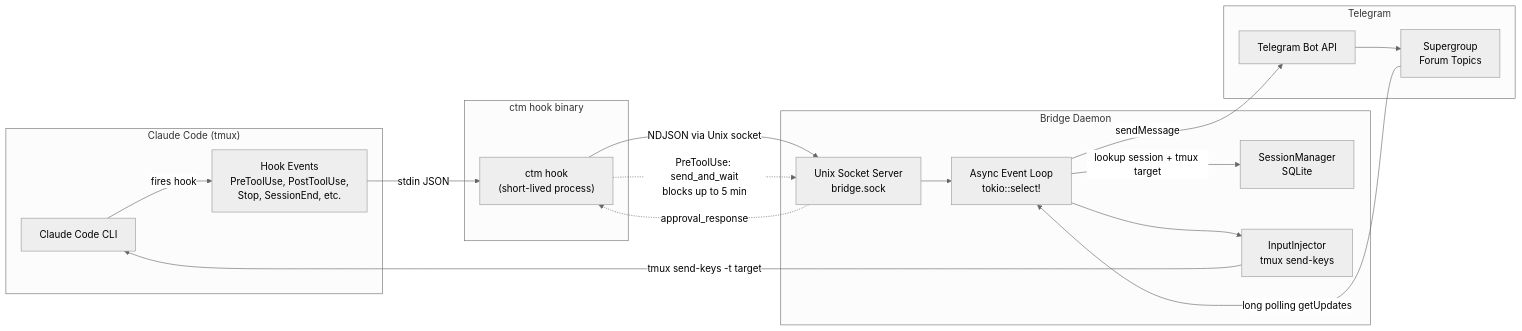
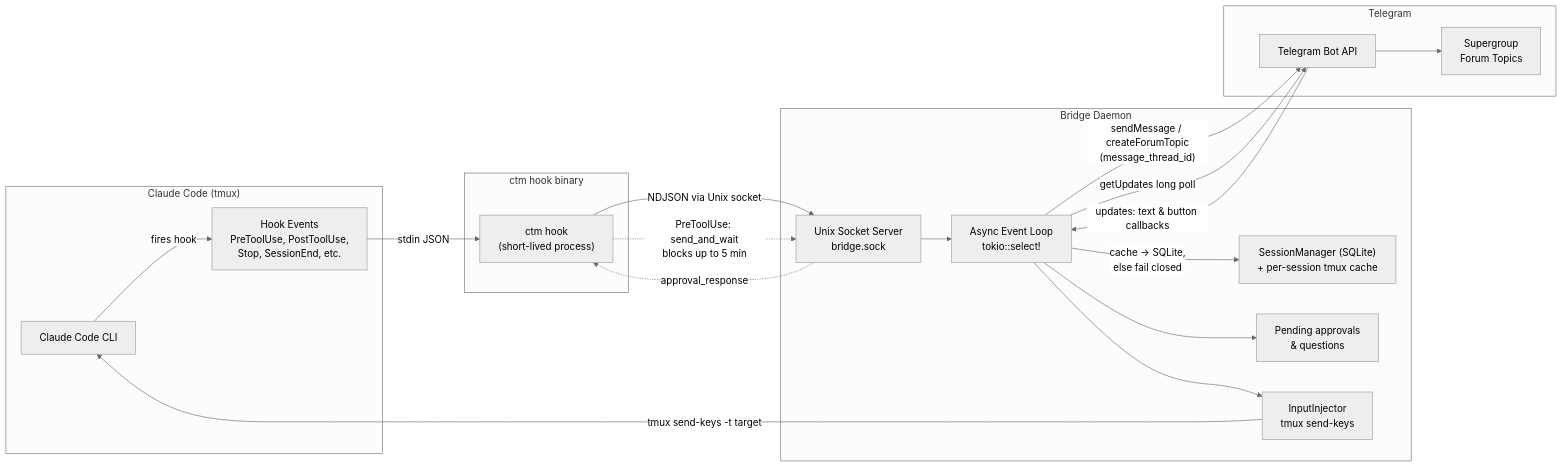
One commit to robertelee78/claude-telegram-mirror changed the diagram in docs/ARCHITECTURE.md. Above: the diagram before and after it, drawn with Mermaid (neutral theme). The commit also changed other lines of this file and 1 other file, not shown here.

First paragraph of the commit message:
docs: sync ARCHITECTURE + README to the actual code (code-grounded audit)
Verified ARCHITECTURE.md §1 and the README ASCII against the Rust source.

````diff
--- a/docs/ARCHITECTURE.md
+++ b/docs/ARCHITECTURE.md
@@ -7,38 +7,41 @@
 ```mermaid
 flowchart LR
     subgraph CLI["Claude Code (tmux)"]
         CC[Claude Code CLI]
         Hooks[Hook Events<br/>PreToolUse, PostToolUse,<br/>Stop, SessionEnd, etc.]
     end
 
     subgraph Hook["ctm hook binary"]
         HookProc["ctm hook<br/>(short-lived process)"]
     end
 
     subgraph Daemon["Bridge Daemon"]
         Socket["Unix Socket Server<br/>bridge.sock"]
         EventLoop["Async Event Loop<br/>tokio::select!"]
-        Sessions["SessionManager<br/>SQLite"]
+        Sessions["SessionManager (SQLite)<br/>+ per-session tmux cache"]
+        Pending["Pending approvals<br/>&amp; questions"]
         Injector["InputInjector<br/>tmux send-keys"]
     end
 
     subgraph TG["Telegram"]
         BotAPI["Telegram Bot API"]
         Forum["Supergroup<br/>Forum Topics"]
     end
 
     CC -->|fires hook| Hooks
     Hooks -->|stdin JSON| HookProc
     HookProc -->|NDJSON via Unix socket| Socket
     Socket --> EventLoop
-    EventLoop -->|sendMessage| BotAPI
+    EventLoop -->|"sendMessage / createForumTopic<br/>(message_thread_id)"| BotAPI
     BotAPI --> Forum
 
-    Forum -->|long polling getUpdates| EventLoop
-    EventLoop -->|lookup session + tmux target| Sessions
+    EventLoop -->|getUpdates long poll| BotAPI
+    BotAPI -->|"updates: text &amp; button callbacks"| EventLoop
+    EventLoop -->|"cache → SQLite,<br/>else fail closed"| Sessions
+    EventLoop --> Pending
     EventLoop --> Injector
     Injector -->|"tmux send-keys -t target"| CC
 
     HookProc -.->|"PreToolUse: send_and_wait<br/>blocks up to 5 min"| Socket
     Socket -.->|"approval_response"| HookProc
 ```
````
